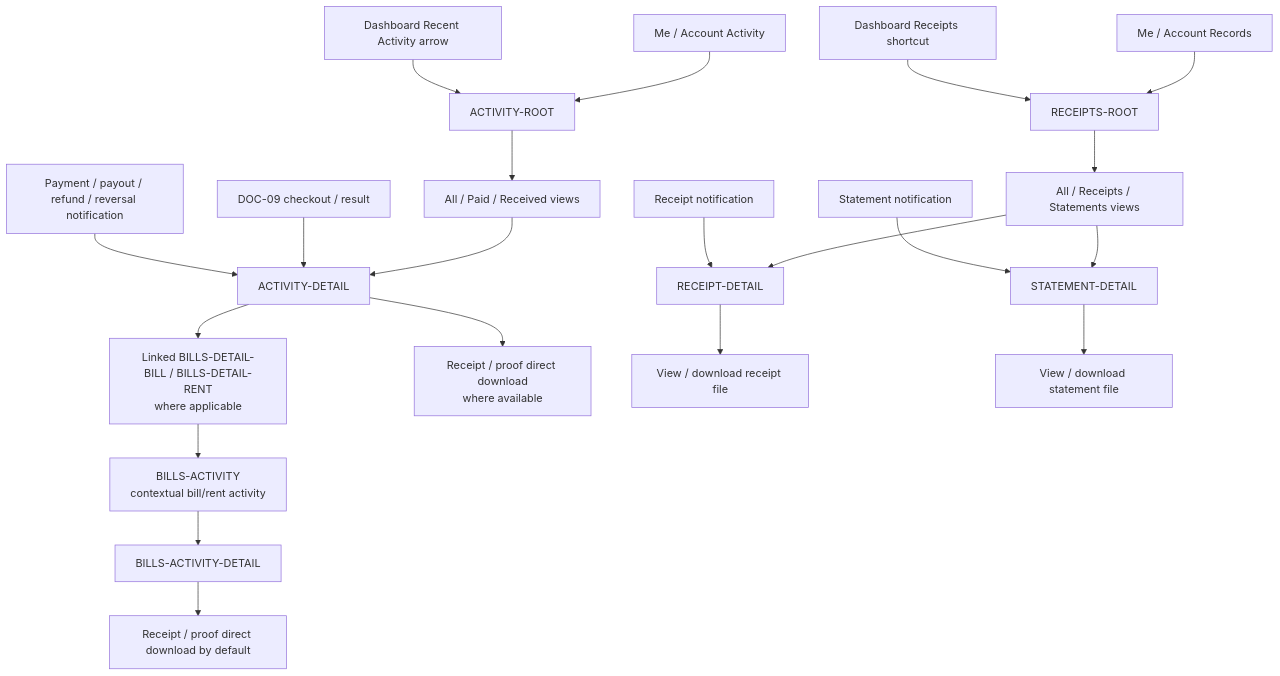
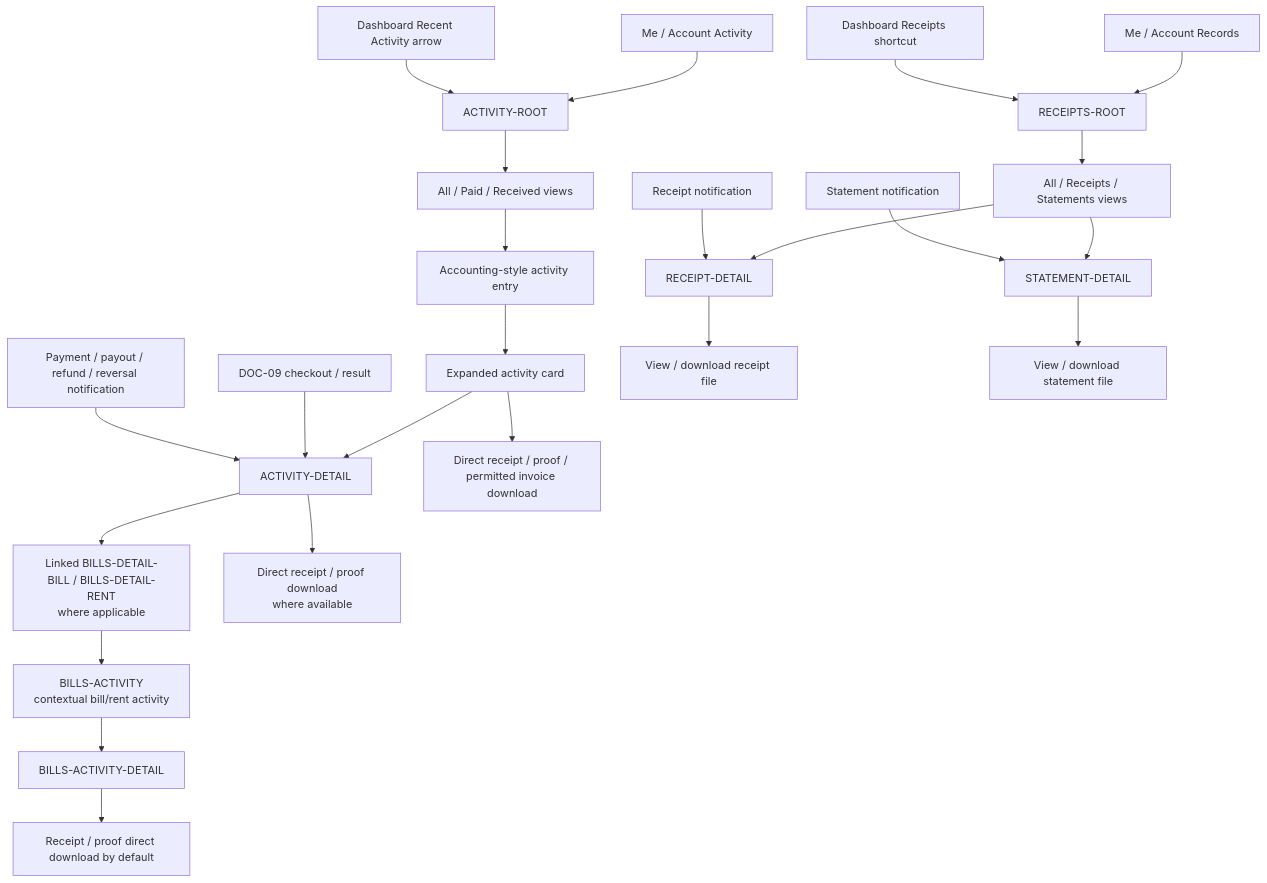
One commit to adminpayplus/payplus-docs changed the sixth of 6 diagrams in docs/diagrams/payplus-app-route-entry-map.md. Above: the diagram before and after it, drawn with Mermaid. The commit also changed 5 other files, not shown here.

````diff
--- a/docs/diagrams/payplus-app-route-entry-map.md
+++ b/docs/diagrams/payplus-app-route-entry-map.md
@@ -173,29 +173,32 @@
 ```mermaid
 flowchart TD
   DASHRECENT["Dashboard Recent Activity arrow"] --> AROOT["ACTIVITY-ROOT"]
   MEACTIVITY["Me / Account Activity"] --> AROOT
   ACTNOTIF["Payment / payout / refund / reversal notification"] --> ADETAIL["ACTIVITY-DETAIL"]
   CHECKOUT["DOC-09 checkout / result"] --> ADETAIL
 
   AROOT --> AVIEWS["All / Paid / Received views"]
-  AVIEWS --> ADETAIL
+  AVIEWS --> AENTRY["Accounting-style activity entry"]
+  AENTRY --> AEXPANDED["Expanded activity card"]
+  AEXPANDED --> ADETAIL
+  AEXPANDED --> ROOTDOWNLOAD["Direct receipt / proof / permitted invoice download"]
 
   ADETAIL --> BILLDETAIL["Linked BILLS-DETAIL-BILL / BILLS-DETAIL-RENT<br/>where applicable"]
-  ADETAIL --> RECEIPTDOWNLOAD["Receipt / proof direct download<br/>where available"]
+  ADETAIL --> RECEIPTDOWNLOAD["Direct receipt / proof download<br/>where available"]
 
   SHORTCUT["Dashboard Receipts shortcut"] --> RROOT["RECEIPTS-ROOT"]
   MERECORDS["Me / Account Records"] --> RROOT
   RCPTNOTIF["Receipt notification"] --> RDETAIL["RECEIPT-DETAIL"]
   STMTNOTIF["Statement notification"] --> SDETAIL["STATEMENT-DETAIL"]
 
   RROOT --> RVIEWS["All / Receipts / Statements views"]
   RVIEWS --> RDETAIL
   RVIEWS --> SDETAIL
 
   RDETAIL --> RFILE["View / download receipt file"]
   SDETAIL --> SFILE["View / download statement file"]
 
   BILLDETAIL --> BACTIVITY["BILLS-ACTIVITY<br/>contextual bill/rent activity"]
   BACTIVITY --> BACTIVITYDETAIL["BILLS-ACTIVITY-DETAIL"]
   BACTIVITYDETAIL --> BDIRECT["Receipt / proof direct download by default"]
 ```
````
